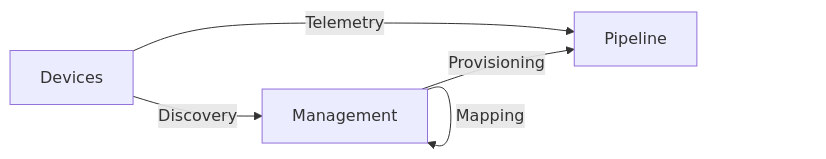
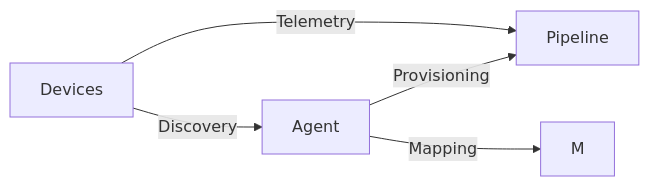
Before and after one commit to faucetsdn/udmi: the first of 2 diagrams in docs/specs/onboarding.md, drawn with Mermaid.

Commit message:
Management is Agent

````diff
--- a/docs/specs/onboarding.md
+++ b/docs/specs/onboarding.md
@@ -25,10 +25,10 @@
 ```mermaid
 flowchart LR
   D[Devices]
-  M[Management]
+  A[Agent]
   P[Pipeline]
   D -- Telemetry --> P
-  D -- Discovery --> M
-  M -- Provisioning --> P
-  M -- Mapping --> M
+  D -- Discovery --> A
+  A -- Provisioning --> P
+  A -- Mapping --> M
 ```
````
